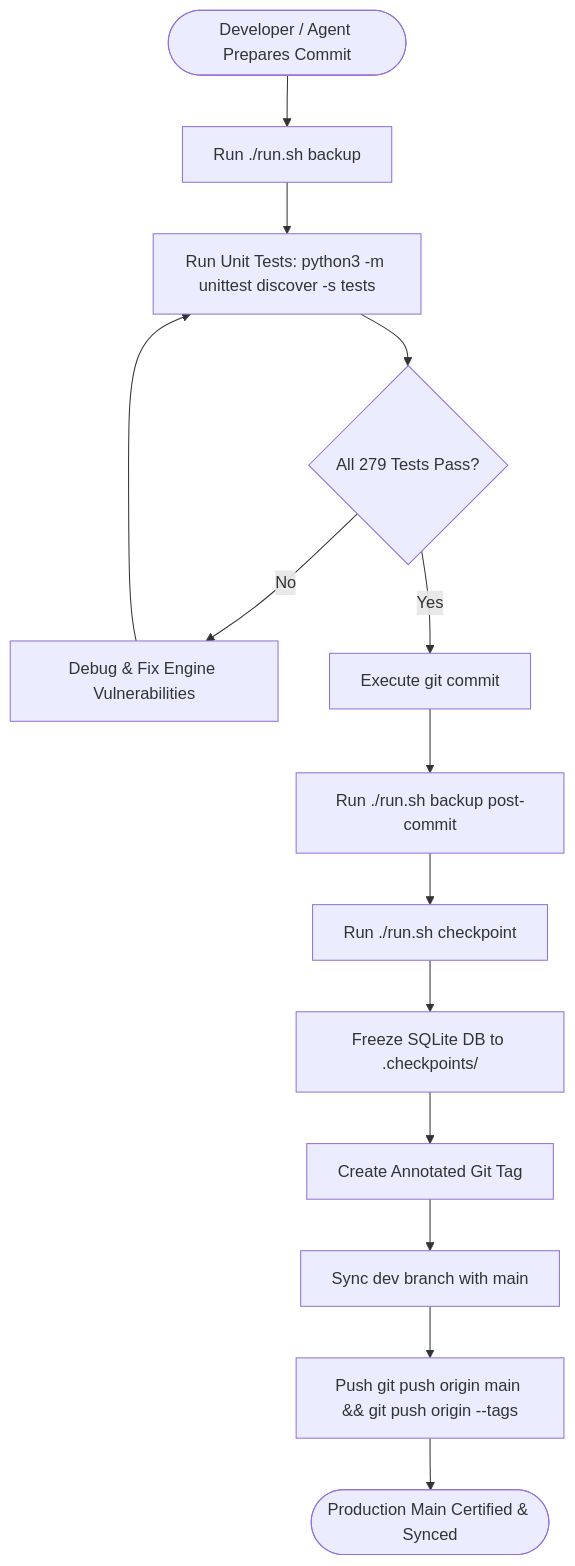
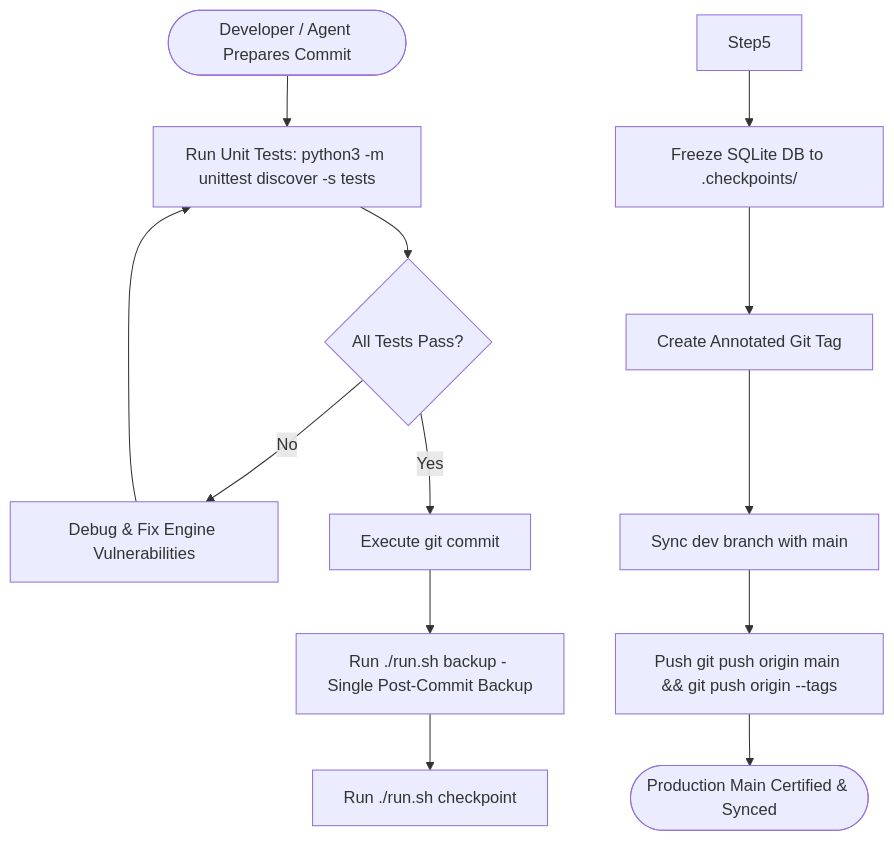
One commit to jaktheripper-bot/Stock_Research_App changed the fourth of 4 diagrams in docs/MASTER_ENGINEERING_MANUAL.md. Above: the diagram before and after it, drawn with Mermaid. The commit also changed 1 other file, not shown here.

Commit message:
docs: enforce single post-commit backup policy in Rule 1

````diff
--- a/docs/MASTER_ENGINEERING_MANUAL.md
+++ b/docs/MASTER_ENGINEERING_MANUAL.md
@@ -275,15 +275,14 @@
 ```mermaid
 flowchart TD
-    Start([Developer / Agent Prepares Commit]) --> Step1[Run ./run.sh backup]
-    Step1 --> Step2[Run Unit Tests: python3 -m unittest discover -s tests]
-    Step2 --> TestDecision{All 279 Tests Pass?}
-    TestDecision -- No --> FixErrors[Debug & Fix Engine Vulnerabilities] --> Step2
-    TestDecision -- Yes --> Step3[Execute git commit]
-    Step3 --> Step4[Run ./run.sh backup post-commit]
-    Step4 --> Step5[Run ./run.sh checkpoint]
+    Start([Developer / Agent Prepares Commit]) --> Step1[Run Unit Tests: python3 -m unittest discover -s tests]
+    Step1 --> TestDecision{All Tests Pass?}
+    TestDecision -- No --> FixErrors[Debug & Fix Engine Vulnerabilities] --> Step1
+    TestDecision -- Yes --> Step2[Execute git commit]
+    Step2 --> Step3[Run ./run.sh backup - Single Post-Commit Backup]
+    Step3 --> Step4[Run ./run.sh checkpoint]
     Step5 --> Step6[Freeze SQLite DB to .checkpoints/]
     Step6 --> Step7[Create Annotated Git Tag]
     Step7 --> Step8[Sync dev branch with main]
     Step8 --> Step9[Push git push origin main && git push origin --tags]
     Step9 --> Done([Production Main Certified & Synced])
 ```
````
